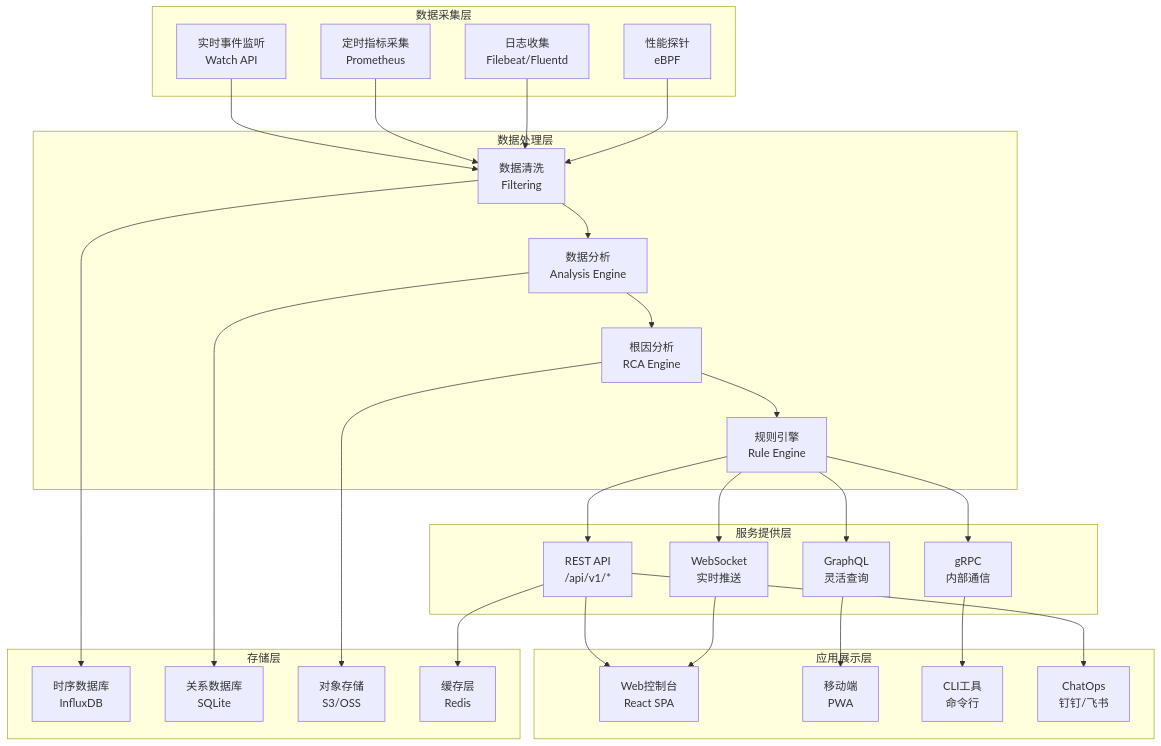
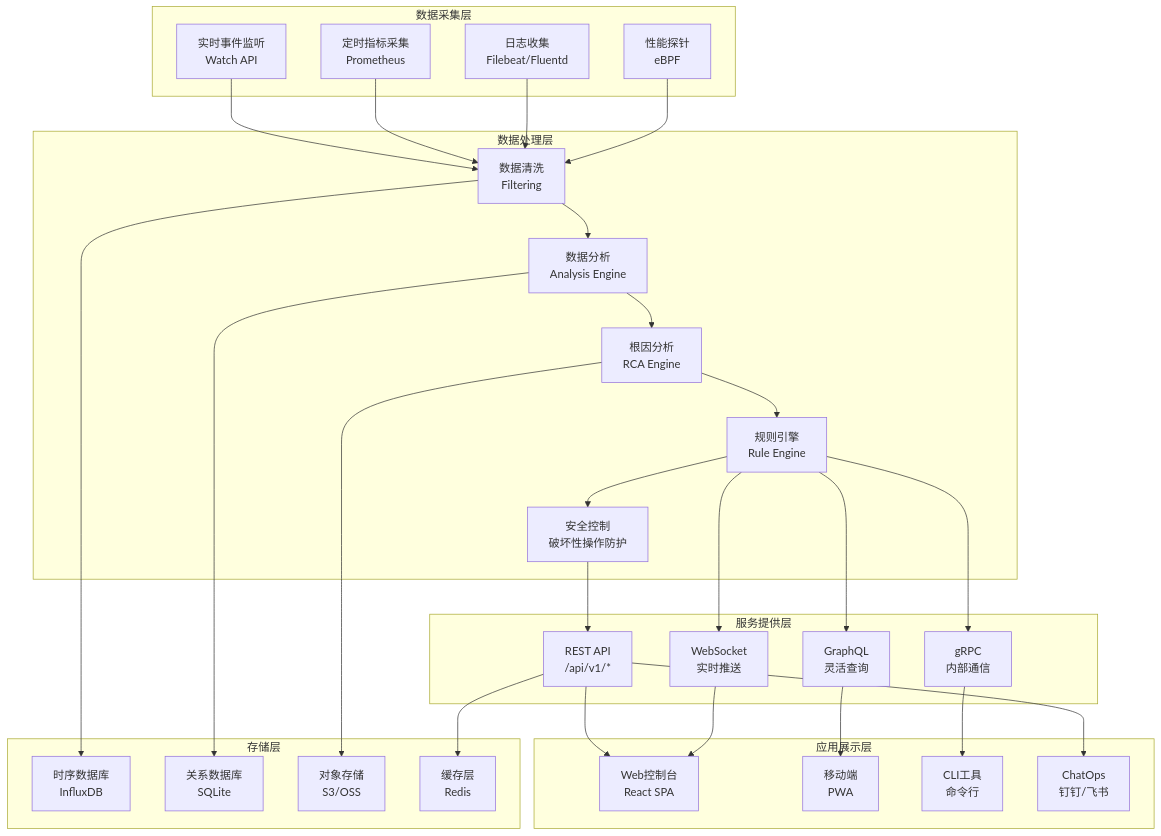
Before and after one commit to kudig-io/klaw: the fourth of 4 diagrams in .qoder/repowiki/zh/content/项目概述.md, drawn with Mermaid. The commit also changed other lines of this file and 48 other files, not shown here.

````diff
--- a/.qoder/repowiki/zh/content/项目概述.md
+++ b/.qoder/repowiki/zh/content/项目概述.md
@@ -213,53 +261,55 @@
 ```mermaid
 flowchart TD
 subgraph "数据采集层"
 A1[实时事件监听<br/>Watch API]
 A2[定时指标采集<br/>Prometheus]
 A3[日志收集<br/>Filebeat/Fluentd]
 A4[性能探针<br/>eBPF]
 end
 subgraph "数据处理层"
 B1[数据清洗<br/>Filtering]
 B2[数据分析<br/>Analysis Engine]
 B3[根因分析<br/>RCA Engine]
 B4[规则引擎<br/>Rule Engine]
+B5[安全控制<br/>破坏性操作防护]
 end
 subgraph "服务提供层"
 C1[REST API<br/>/api/v1/*]
 C2[WebSocket<br/>实时推送]
 C3[GraphQL<br/>灵活查询]
 C4[gRPC<br/>内部通信]
 end
 subgraph "应用展示层"
 D1[Web控制台<br/>React SPA]
 D2[移动端<br/>PWA]
 D3[CLI工具<br/>命令行]
 D4[ChatOps<br/>钉钉/飞书]
 end
 subgraph "存储层"
 E1[时序数据库<br/>InfluxDB]
 E2[关系数据库<br/>SQLite]
 E3[对象存储<br/>S3/OSS]
 E4[缓存层<br/>Redis]
 end
 A1 --> B1
 A2 --> B1
 A3 --> B1
 A4 --> B1
 B1 --> B2
 B2 --> B3
 B3 --> B4
-B4 --> C1
+B4 --> B5
+B5 --> C1
 B4 --> C2
 B4 --> C3
 B4 --> C4
 C1 --> D1
 C2 --> D1
 C3 --> D2
 C4 --> D3
 C1 --> D4
 B1 --> E1
 B2 --> E2
 B3 --> E3
 C1 --> E4
 ```
````
